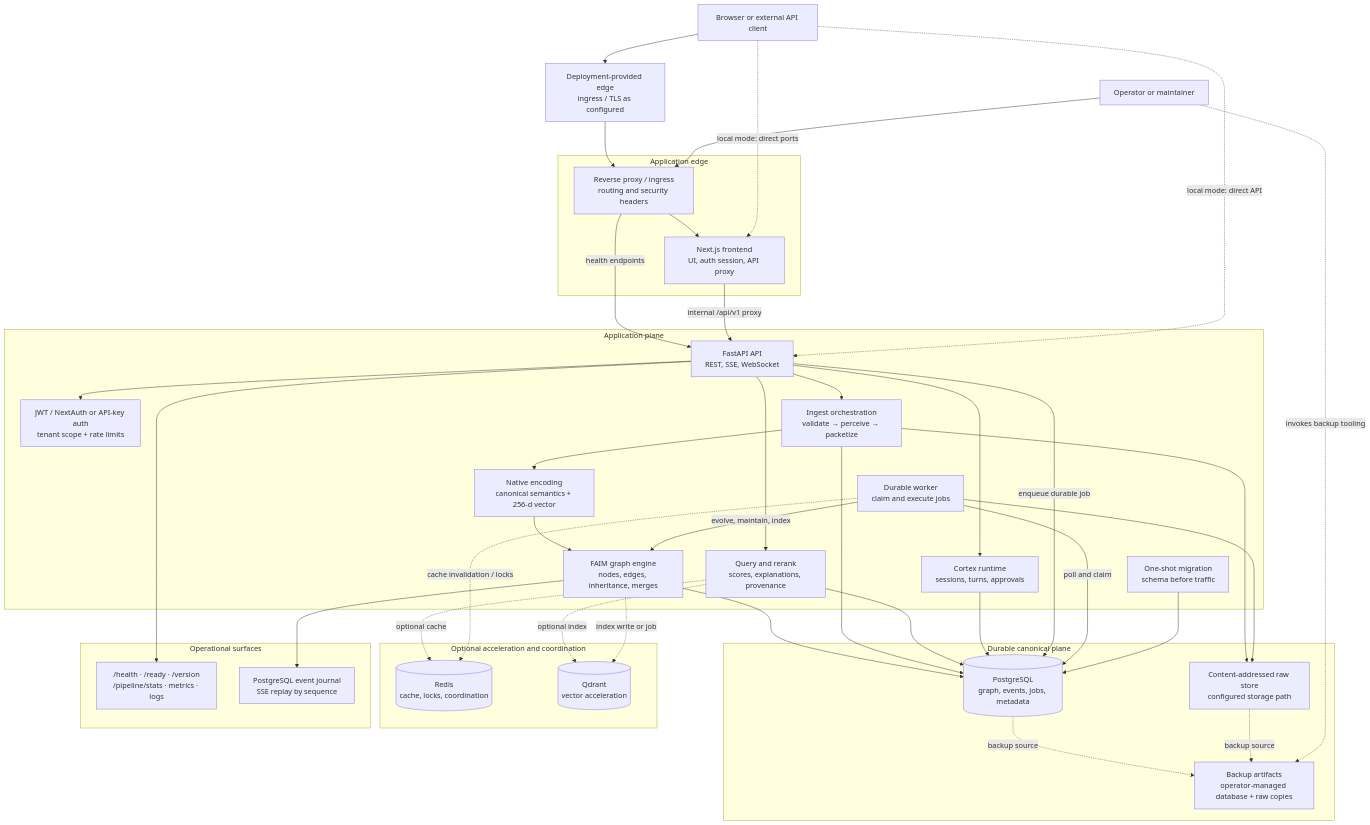
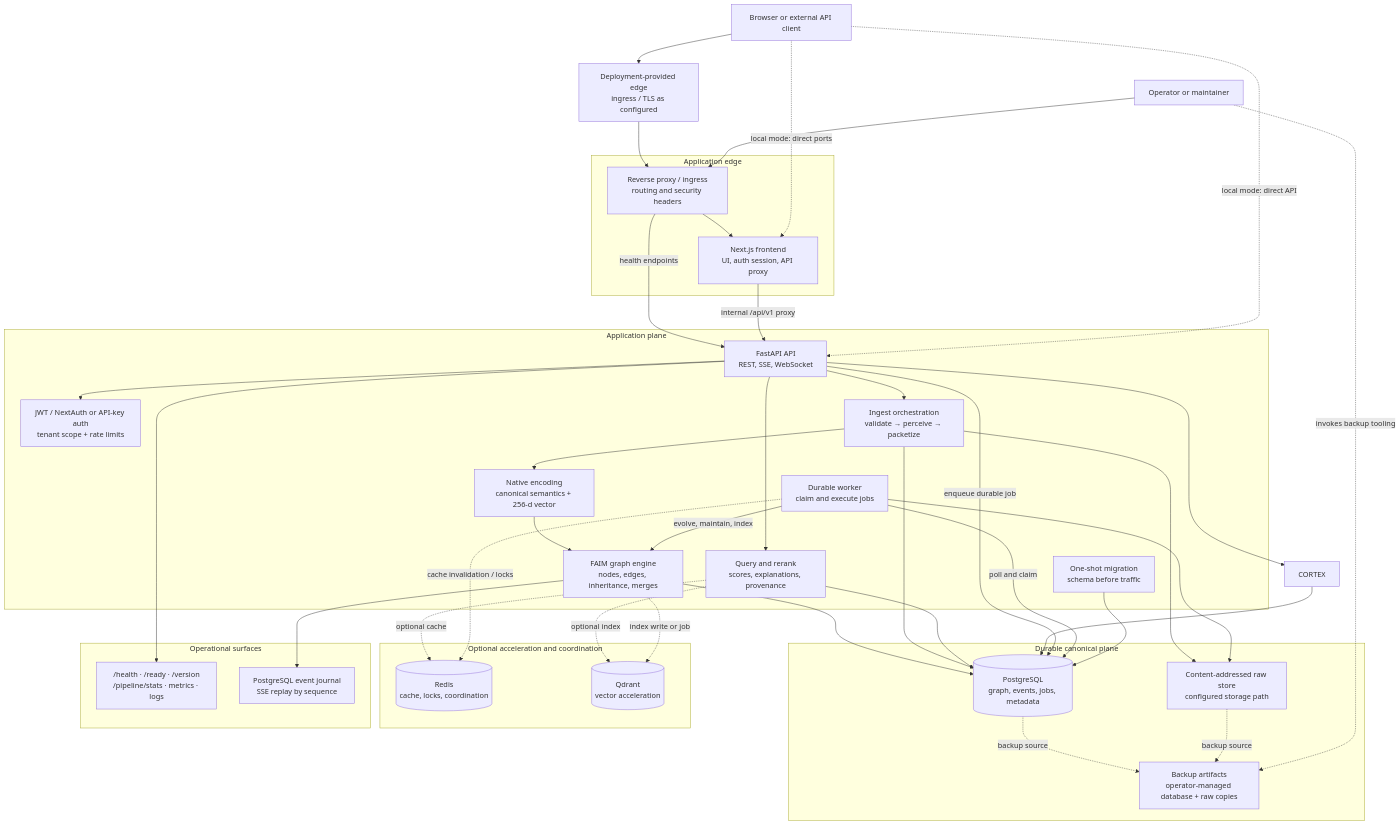
Before and after one commit to sainibhaowal/FAIMatrix: the first of 5 diagrams in README.md, drawn with Mermaid. The commit also changed other lines of this file and 580 other files, not shown here.

````diff
--- a/README.md
+++ b/README.md
@@ -57,72 +57,71 @@
 ```mermaid
 flowchart TB
     CLIENT["Browser or external API client"]
     OPERATOR["Operator or maintainer"]
     EDGE["Deployment-provided edge<br/>ingress / TLS as configured"]
 
     subgraph PUBLIC["Application edge"]
         PROXY["Reverse proxy / ingress<br/>routing and security headers"]
         FRONTEND["Next.js frontend<br/>UI, auth session, API proxy"]
     end
 
     subgraph APP["Application plane"]
         API["FastAPI API<br/>REST, SSE, WebSocket"]
         AUTH["JWT / NextAuth or API-key auth<br/>tenant scope + rate limits"]
         INGEST["Ingest orchestration<br/>validate → perceive → packetize"]
         ENCODE["Native encoding<br/>canonical semantics + 256-d vector"]
         GRAPH["FAIM graph engine<br/>nodes, edges, inheritance, merges"]
         QUERY["Query and rerank<br/>scores, explanations, provenance"]
-        CORTEX["Cortex runtime<br/>sessions, turns, approvals"]
         WORKER["Durable worker<br/>claim and execute jobs"]
         MIGRATE["One-shot migration<br/>schema before traffic"]
     end
 
     subgraph TRUTH["Durable canonical plane"]
         POSTGRES[("PostgreSQL<br/>graph, events, jobs, metadata")]
         RAW["Content-addressed raw store<br/>configured storage path"]
         BACKUPS["Backup artifacts<br/>operator-managed database + raw copies"]
     end
 
     subgraph ACCEL["Optional acceleration and coordination"]
         REDIS[("Redis<br/>cache, locks, coordination")]
         QDRANT[("Qdrant<br/>vector acceleration")]
     end
 
     subgraph OPS["Operational surfaces"]
         HEALTH["/health · /ready · /version<br/>/pipeline/stats · metrics · logs"]
         SSE["PostgreSQL event journal<br/>SSE replay by sequence"]
     end
 
     CLIENT --> EDGE --> PROXY
     OPERATOR --> PROXY
     PROXY --> FRONTEND
     PROXY -->|health endpoints| API
     FRONTEND -->|internal /api/v1 proxy| API
     CLIENT -. local mode: direct ports .-> FRONTEND
     CLIENT -. local mode: direct API .-> API
 
     API --> AUTH
     API --> INGEST
     API --> QUERY
     API --> CORTEX
     API --> HEALTH
     INGEST --> RAW
     INGEST --> ENCODE --> GRAPH
     GRAPH --> POSTGRES
     INGEST --> POSTGRES
     QUERY --> POSTGRES
     QUERY -. optional cache .-> REDIS
     QUERY -. optional index .-> QDRANT
     GRAPH -. index write or job .-> QDRANT
     GRAPH --> SSE
     CORTEX --> POSTGRES
     API -->|enqueue durable job| POSTGRES
     WORKER -->|poll and claim| POSTGRES
     WORKER -->|evolve, maintain, index| GRAPH
     WORKER --> RAW
     WORKER -. cache invalidation / locks .-> REDIS
     MIGRATE --> POSTGRES
     POSTGRES -. backup source .-> BACKUPS
     RAW -. backup source .-> BACKUPS
     OPERATOR -. invokes backup tooling .-> BACKUPS
 ```
````
